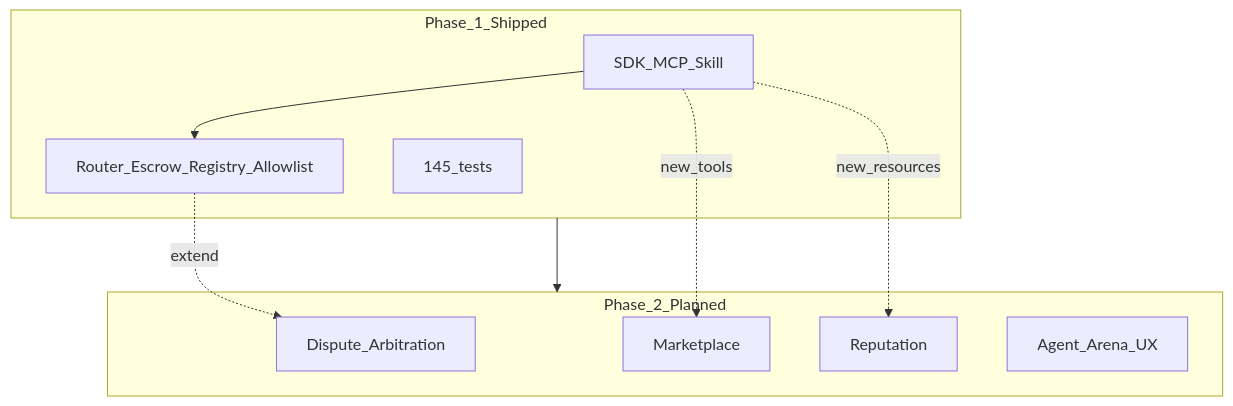
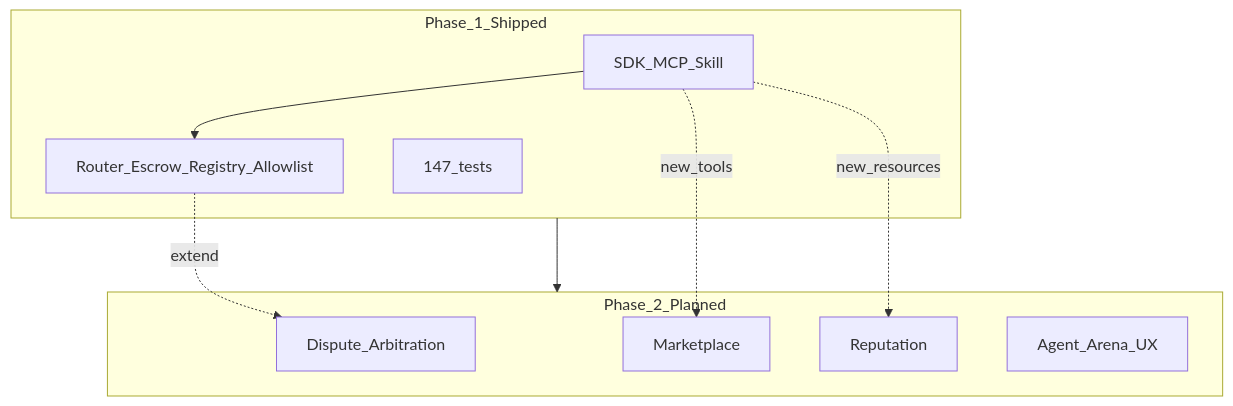
One commit to shery8595/Pharos-Settle changed the third of 3 diagrams in docs/PHASES.md. Above: the diagram before and after it, drawn with Mermaid. The commit also changed other lines of this file and 38 other files, not shown here.

````diff
--- a/docs/PHASES.md
+++ b/docs/PHASES.md
@@ -400,19 +400,19 @@
 ```mermaid
 flowchart TB
   subgraph phase1 [Phase_1_Shipped]
     P1_SDK[SDK_MCP_Skill]
     P1_Contracts[Router_Escrow_Registry_Allowlist]
-    P1_Tests[145_tests]
+    P1_Tests[147_tests]
     P1_SDK --> P1_Contracts
   end
   subgraph phase2 [Phase_2_Planned]
     P2_Dispute[Dispute_Arbitration]
     P2_Market[Marketplace]
     P2_Rep[Reputation]
     P2_Arena[Agent_Arena_UX]
   end
   phase1 --> phase2
   P1_Contracts -.->|extend| P2_Dispute
   P1_SDK -.->|new_tools| P2_Market
   P1_SDK -.->|new_resources| P2_Rep
 ```
````
